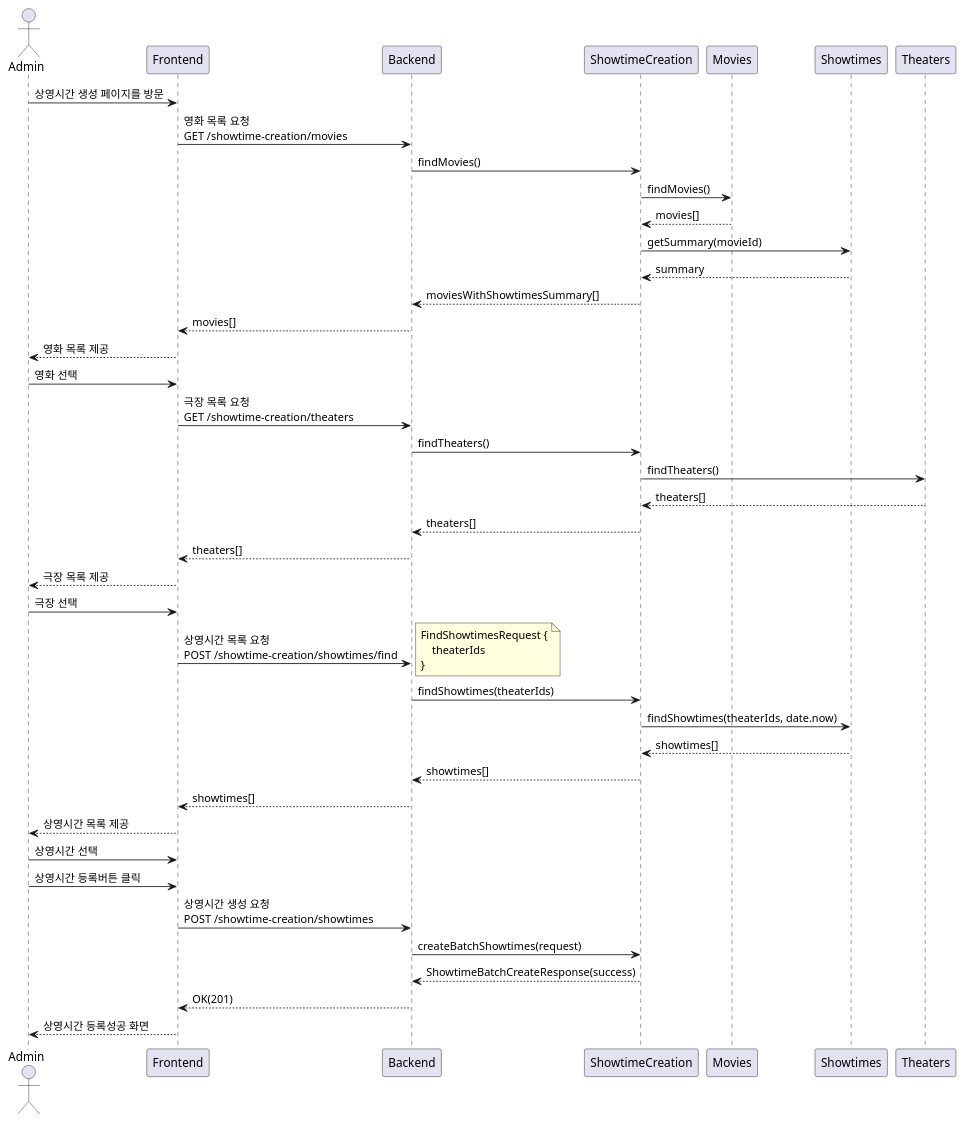
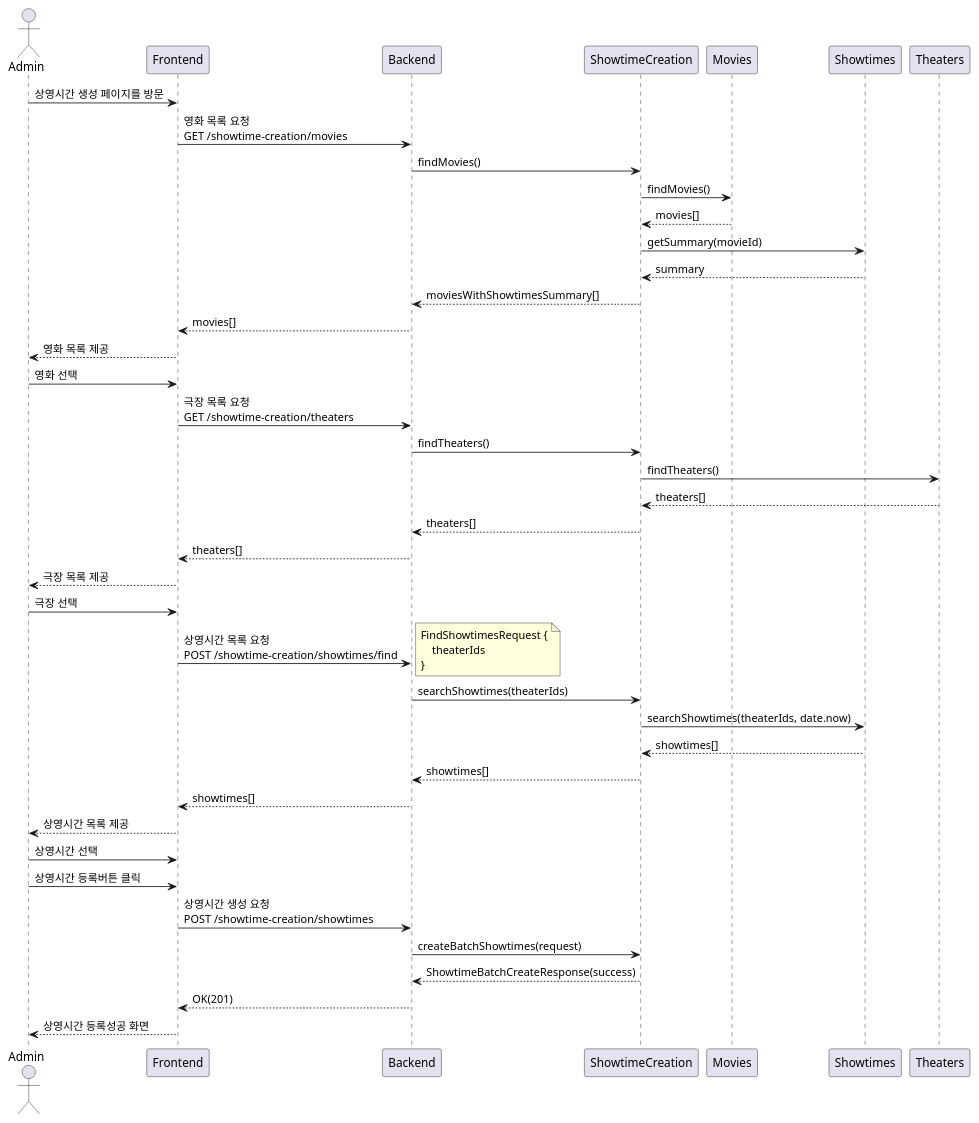
Before and after one commit to songminkyu/nest-msa: the first of 2 diagrams in docs/ko/designs/showtime-creation.md, drawn with PlantUML. The commit also changed 41 other files, not shown here.

````diff
--- a/docs/ko/designs/showtime-creation.md
+++ b/docs/ko/designs/showtime-creation.md
@@ -42,47 +42,47 @@
 ```plantuml
 @startuml
 actor Admin
 Admin -> Frontend: 상영시간 생성 페이지를 방문
     Frontend -> Backend:영화 목록 요청\nGET /showtime-creation/movies
         Backend -> ShowtimeCreation: findMovies()
             ShowtimeCreation -> Movies: findMovies()
             ShowtimeCreation <-- Movies: movies[]
             ShowtimeCreation -> Showtimes: getSummary(movieId)
             ShowtimeCreation <-- Showtimes: summary
         Backend <-- ShowtimeCreation: moviesWithShowtimesSummary[]
     Frontend <-- Backend: movies[]
 Admin <-- Frontend: 영화 목록 제공
 
 Admin -> Frontend: 영화 선택
     Frontend -> Backend:극장 목록 요청\nGET /showtime-creation/theaters
         Backend -> ShowtimeCreation: findTheaters()
             ShowtimeCreation -> Theaters: findTheaters()
             ShowtimeCreation <-- Theaters: theaters[]
         Backend <-- ShowtimeCreation: theaters[]
     Frontend <-- Backend: theaters[]
 Admin <-- Frontend: 극장 목록 제공
 
 Admin -> Frontend: 극장 선택
     Frontend -> Backend: 상영시간 목록 요청\nPOST /showtime-creation/showtimes/find
     note right
     FindShowtimesRequest {
         theaterIds
     }
     end note
-        Backend -> ShowtimeCreation: findShowtimes(theaterIds)
-            ShowtimeCreation -> Showtimes: findShowtimes(theaterIds, date.now)
+        Backend -> ShowtimeCreation: searchShowtimes(theaterIds)
+            ShowtimeCreation -> Showtimes: searchShowtimes(theaterIds, date.now)
             ShowtimeCreation <-- Showtimes: showtimes[]
         Backend <-- ShowtimeCreation: showtimes[]
     Frontend <-- Backend: showtimes[]
 Admin <-- Frontend: 상영시간 목록 제공
 
 Admin -> Frontend: 상영시간 선택
 
 Admin -> Frontend: 상영시간 등록버튼 클릭
     Frontend -> Backend: 상영시간 생성 요청\nPOST /showtime-creation/showtimes
         Backend -> ShowtimeCreation: createBatchShowtimes(request)
         Backend <-- ShowtimeCreation: ShowtimeBatchCreateResponse(success)
     Frontend <-- Backend: OK(201)
 Admin <-- Frontend: 상영시간 등록성공 화면
 @enduml
 ```
````
